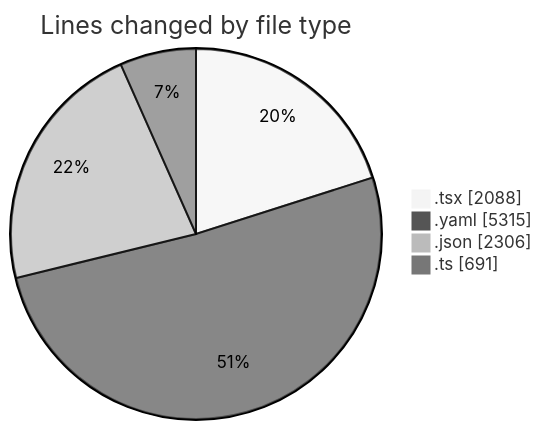
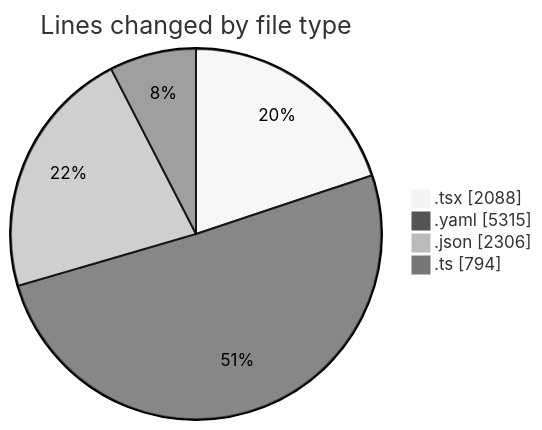
One commit to julien-gomy/code-tracking changed the first of 2 diagrams in 2025-11-07/eventscop-frontend-guide__workspace_/README.md. Above: the diagram before and after it, drawn with Mermaid (neutral theme). The commit also changed other lines of this file and 1 other file, not shown here.

````diff
--- a/2025-11-07/eventscop-frontend-guide__workspace_/README.md
+++ b/2025-11-07/eventscop-frontend-guide__workspace_/README.md
@@ -46,8 +47,8 @@
 ```mermaid
 pie showData
 title Lines changed by file type
 ".tsx" : 2088
 ".yaml" : 5315
 ".json" : 2306
-".ts" : 691
+".ts" : 794
 ```
````
